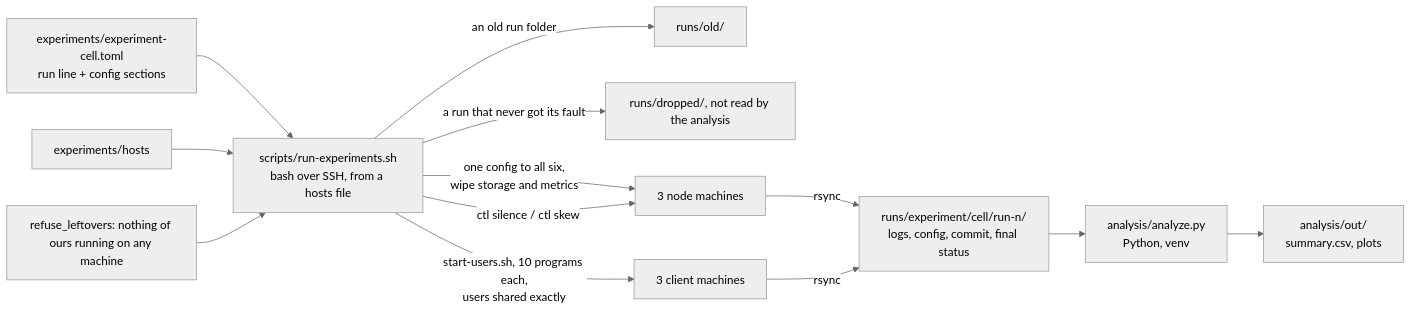
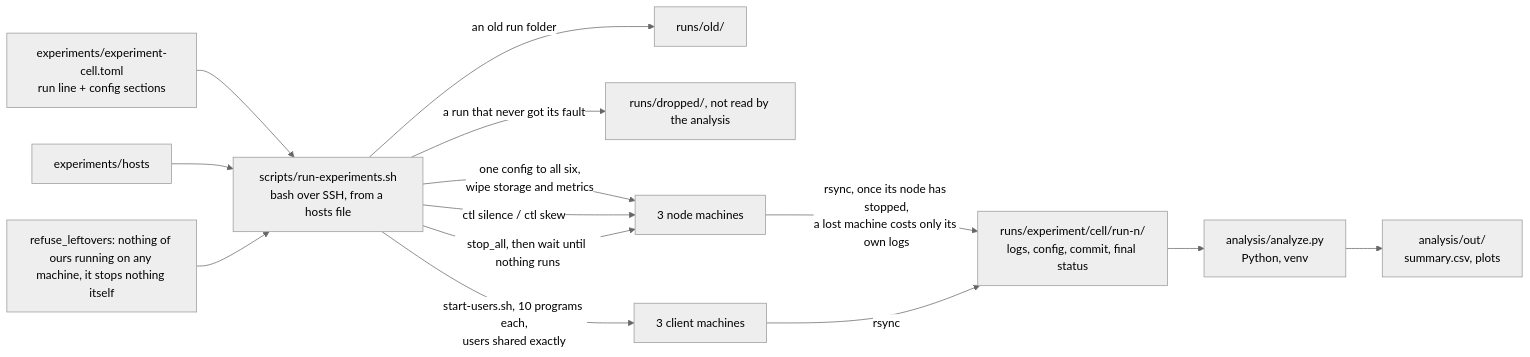
Diagram 46 of 47 in docs/architecture.md (noortaytoy1/DistributedSystems), drawn with Mermaid (neutral theme) before and after one commit. The commit also changed other lines of this file and 8 other files, not shown here.

First line of the commit message:
Bring the docs up to UDP, any-node seeding and the load fixes

````diff
--- a/docs/architecture.md
+++ b/docs/architecture.md
@@ -1711,15 +1839,16 @@
 ```mermaid
 flowchart LR
     CELL["experiments/experiment-cell.toml<br/>run line + config sections"] --> RUN["scripts/run-experiments.sh<br/>bash over SSH, from a hosts file"]
     HOSTS["experiments/hosts"] --> RUN
-    GUARD["refuse_leftovers: nothing of ours running on any machine"] --> RUN
+    GUARD["refuse_leftovers: nothing of ours running on any machine, it stops nothing itself"] --> RUN
     RUN -->|"an old run folder"| OLD["runs/old/"]
     RUN -->|"a run that never got its fault"| DROPPED["runs/dropped/, not read by the analysis"]
     RUN -->|"one config to all six,<br/>wipe storage and metrics"| N["3 node machines"]
     RUN -->|"start-users.sh, 10 programs each,<br/>users shared exactly"| C["3 client machines"]
     RUN -->|"ctl silence / ctl skew"| N
-    N -->|"rsync"| LOGS["runs/experiment/cell/run-n/<br/>logs, config, commit, final status"]
+    RUN -->|"stop_all, then wait until nothing runs"| N
+    N -->|"rsync, once its node has stopped,<br/>a lost machine costs only its own logs"| LOGS["runs/experiment/cell/run-n/<br/>logs, config, commit, final status"]
     C -->|"rsync"| LOGS
     LOGS --> AN["analysis/analyze.py<br/>Python, venv"]
     AN --> OUT["analysis/out/<br/>summary.csv, plots"]
 ```
````
